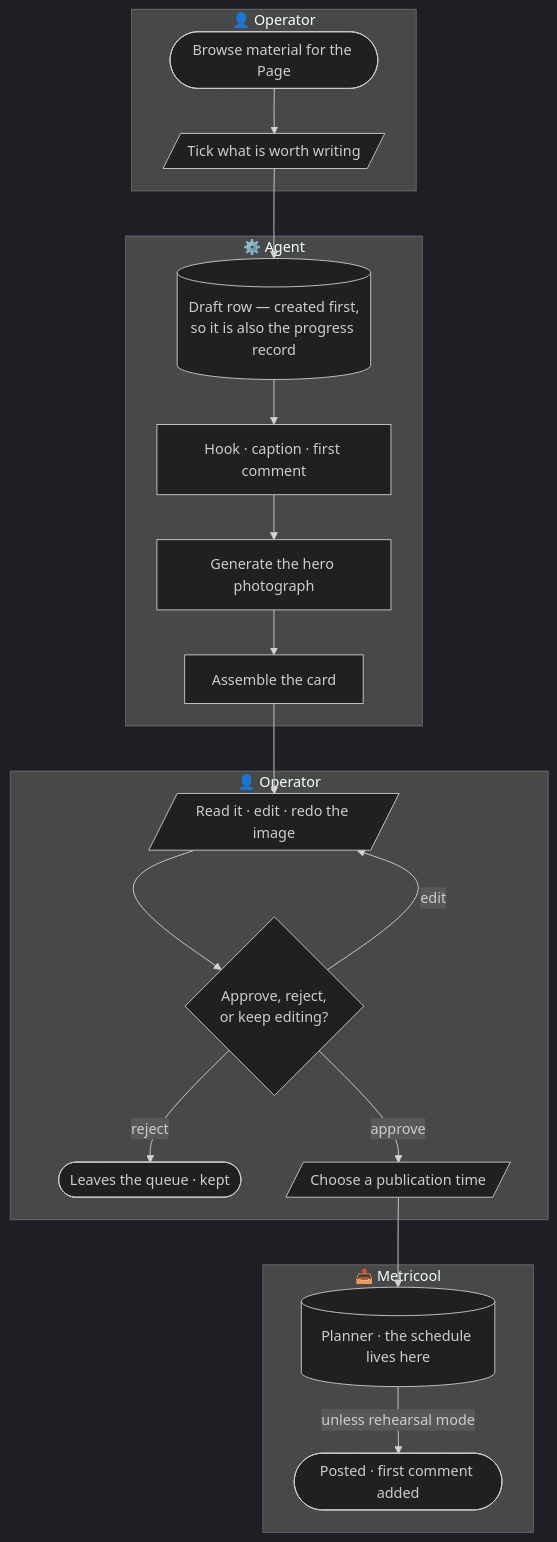
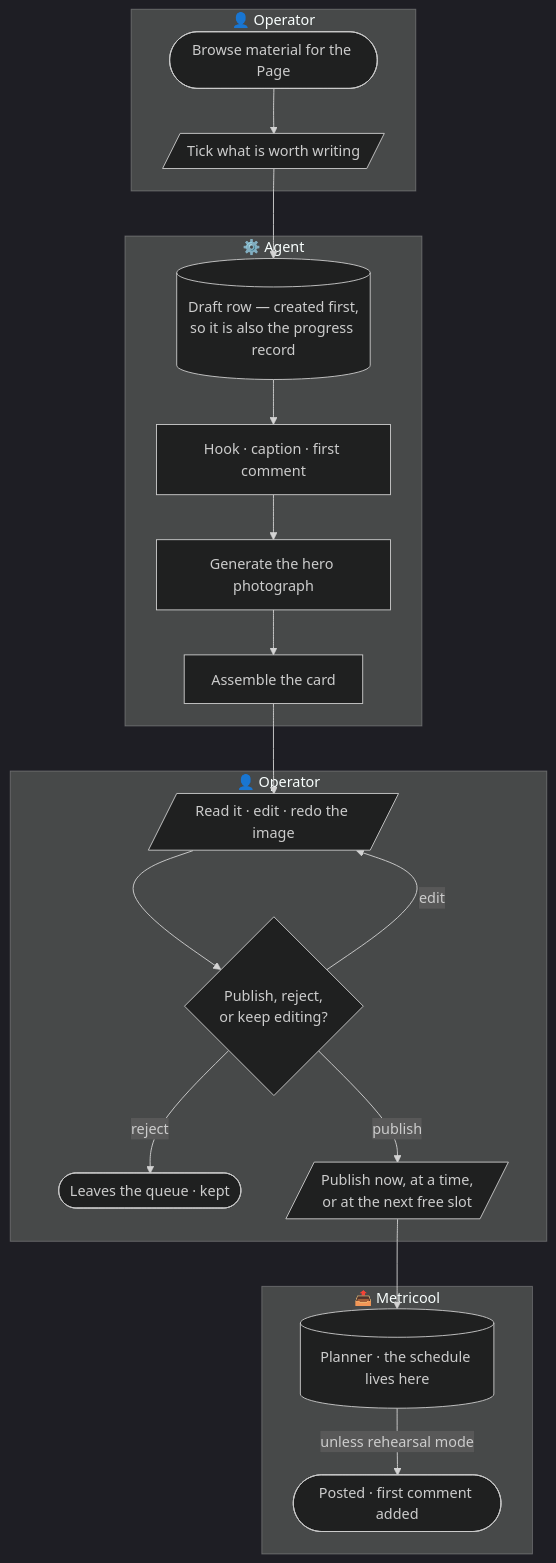
One commit to nauqh/fb-agent changed the second of 4 diagrams in README.md. Above: the diagram before and after it, drawn with Mermaid (dark theme). The commit also changed other lines of this file and 8 other files, not shown here.

````diff
--- a/README.md
+++ b/README.md
@@ -102,26 +106,26 @@
 ```mermaid
 flowchart TD
     subgraph collect ["👤 Operator"]
         Browse([Browse material for the Page]) --> Cart[/Tick what is worth writing/]
     end
 
     subgraph agent ["⚙️ Agent"]
         Row[("Draft row — created first,<br/>so it is also the progress record")] --> Write[Hook · caption · first comment]
         Write --> Hero[Generate the hero photograph] --> Card[Assemble the card]
     end
 
     subgraph decide ["👤 Operator"]
-        Read[/Read it · edit · redo the image/] --> Decide{Approve, reject,<br/>or keep editing?}
+        Read[/Read it · edit · redo the image/] --> Decide{Publish, reject,<br/>or keep editing?}
         Decide -->|edit| Read
         Decide -->|reject| Dropped([Leaves the queue · kept])
-        Decide -->|approve| When[/Choose a publication time/]
+        Decide -->|publish| When[/Publish now, at a time,<br/>or at the next free slot/]
     end
 
     subgraph out ["📤 Metricool"]
         Planner[(Planner · the schedule lives here)] -->|unless rehearsal mode| FB([Posted · first comment added])
     end
 
     Cart --> Row
     Card --> Read
     When --> Planner
 ```
````
